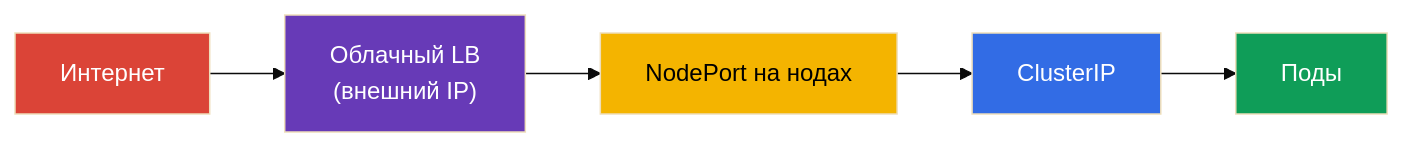
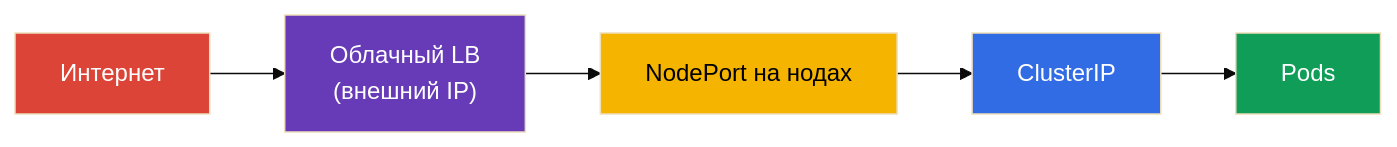
One commit to ViktorUJ/cks changed the seventh of 11 diagrams in tasks/cka/course/07/ru.md. Above: the diagram before and after it, drawn with Mermaid (base theme). The commit also changed other lines of this file and 15 other files, not shown here.

````diff
--- a/tasks/cka/course/07/ru.md
+++ b/tasks/cka/course/07/ru.md
@@ -216,12 +216,12 @@
 ```mermaid
 flowchart LR
     ext["Интернет"] --> lb["Облачный LB<br>(внешний IP)"]
     lb --> np["NodePort на нодах"]
     np --> svc["ClusterIP"]
-    svc --> pod["Поды"]
+    svc --> pod["Pods"]
     style ext fill:#db4437,color:#fff
     style lb fill:#673ab7,color:#fff
     style np fill:#f4b400,color:#000
     style svc fill:#326ce5,color:#fff
     style pod fill:#0f9d58,color:#fff
 ```
````
